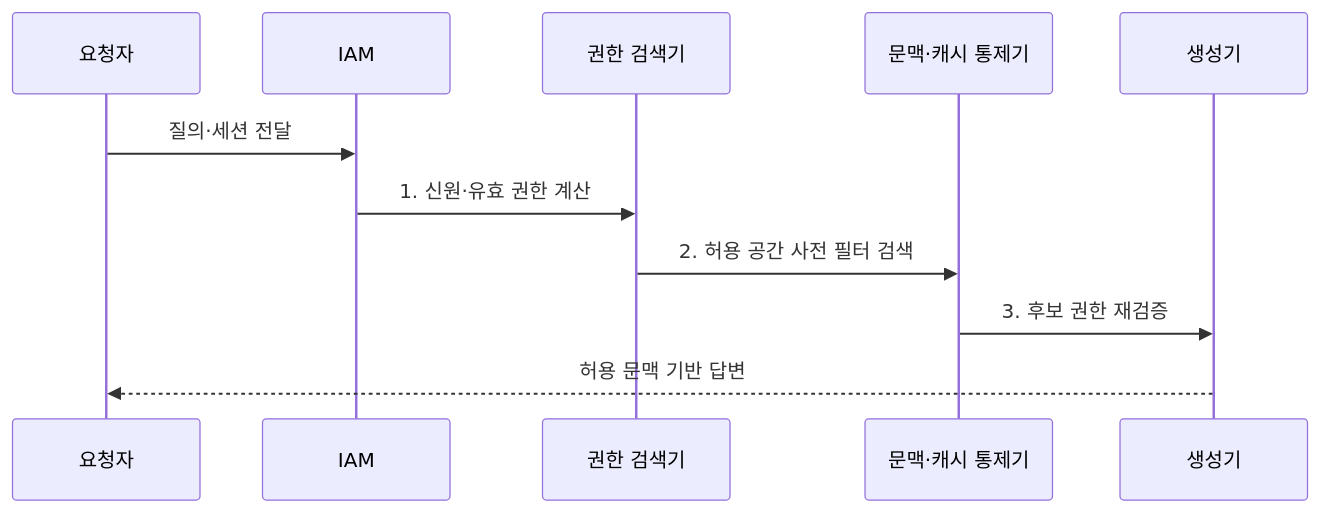
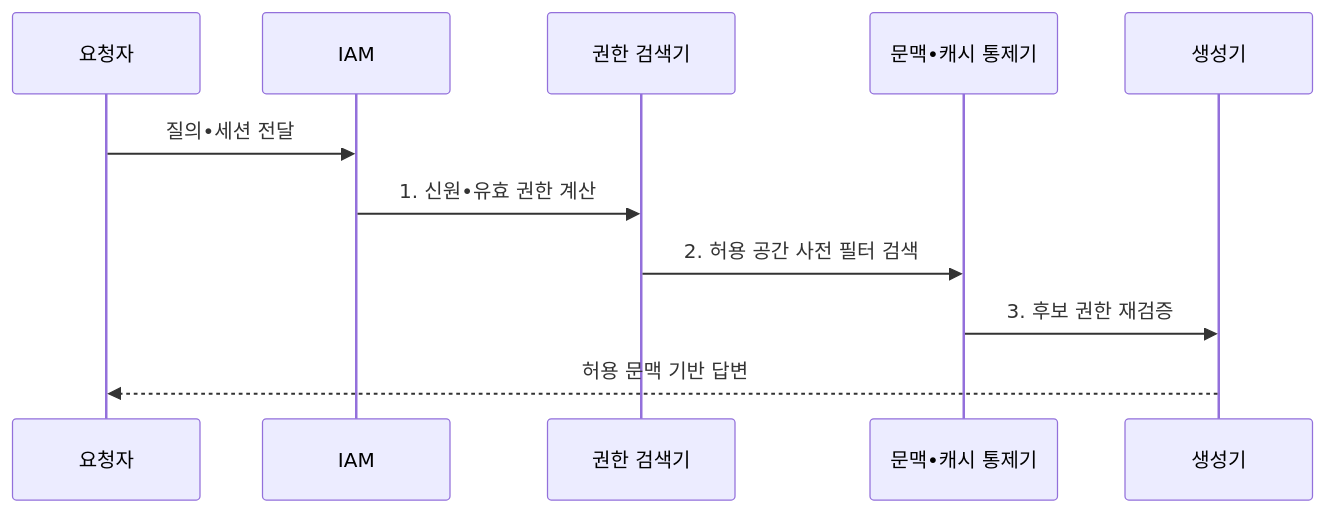
Before and after one commit to agnusdei1207/knowledge-base: the second of 2 diagrams in src/content/docs/notes/08-latest-tech/085_permission_aware_rag.md, drawn with Mermaid. The commit also changed other lines of this file and 953 other files, not shown here.

````diff
--- a/src/content/docs/notes/08-latest-tech/085_permission_aware_rag.md
+++ b/src/content/docs/notes/08-latest-tech/085_permission_aware_rag.md
@@ -104,13 +104,13 @@
 ```mermaid
 sequenceDiagram
     participant U as 요청자
     participant I as IAM
     participant R as 권한 검색기
-    participant C as 문맥·캐시 통제기
+    participant C as 문맥•캐시 통제기
     participant G as 생성기
-    U->>I: 질의·세션 전달
-    I->>R: 1. 신원·유효 권한 계산
+    U->>I: 질의•세션 전달
+    I->>R: 1. 신원•유효 권한 계산
     R->>C: 2. 허용 공간 사전 필터 검색
     C->>G: 3. 후보 권한 재검증
     G-->>U: 허용 문맥 기반 답변
 ```
````
